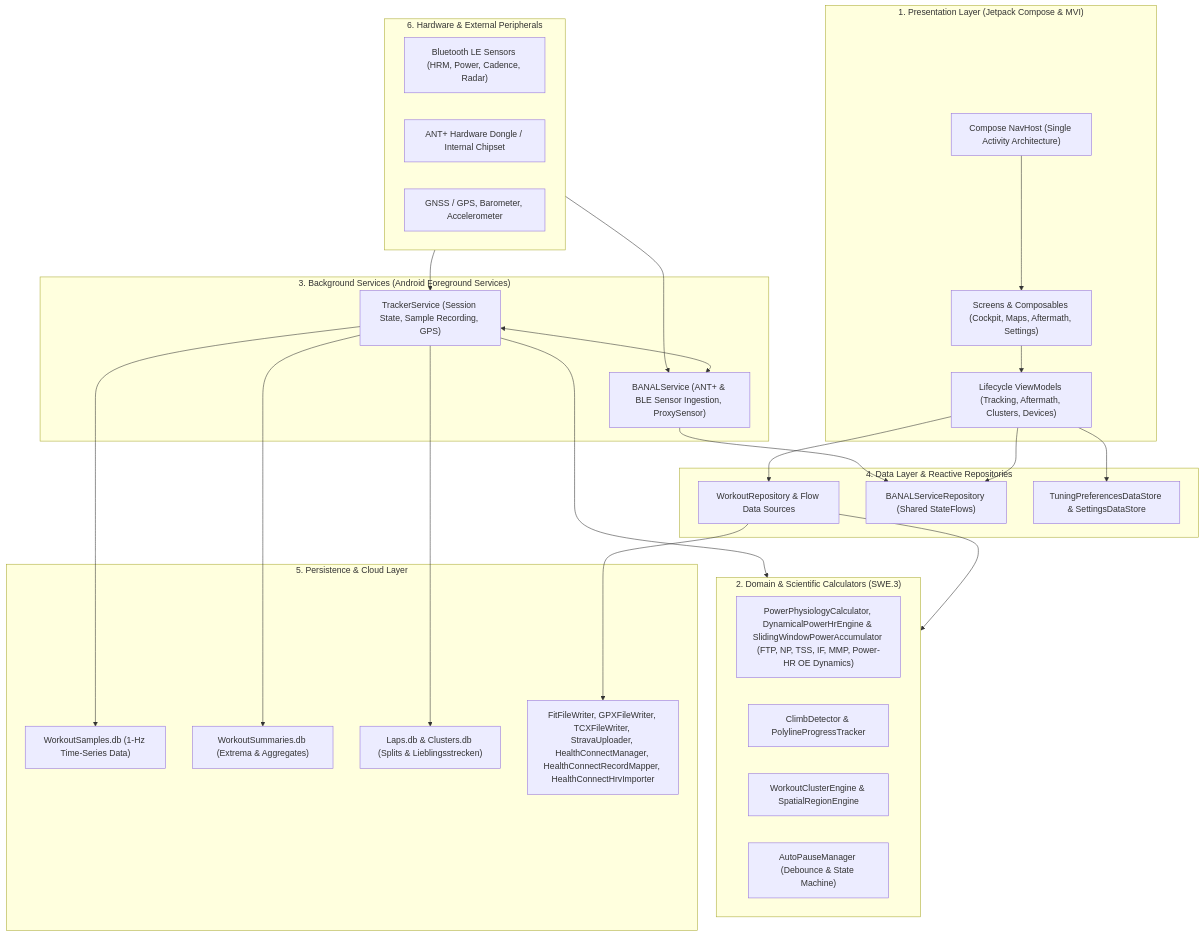
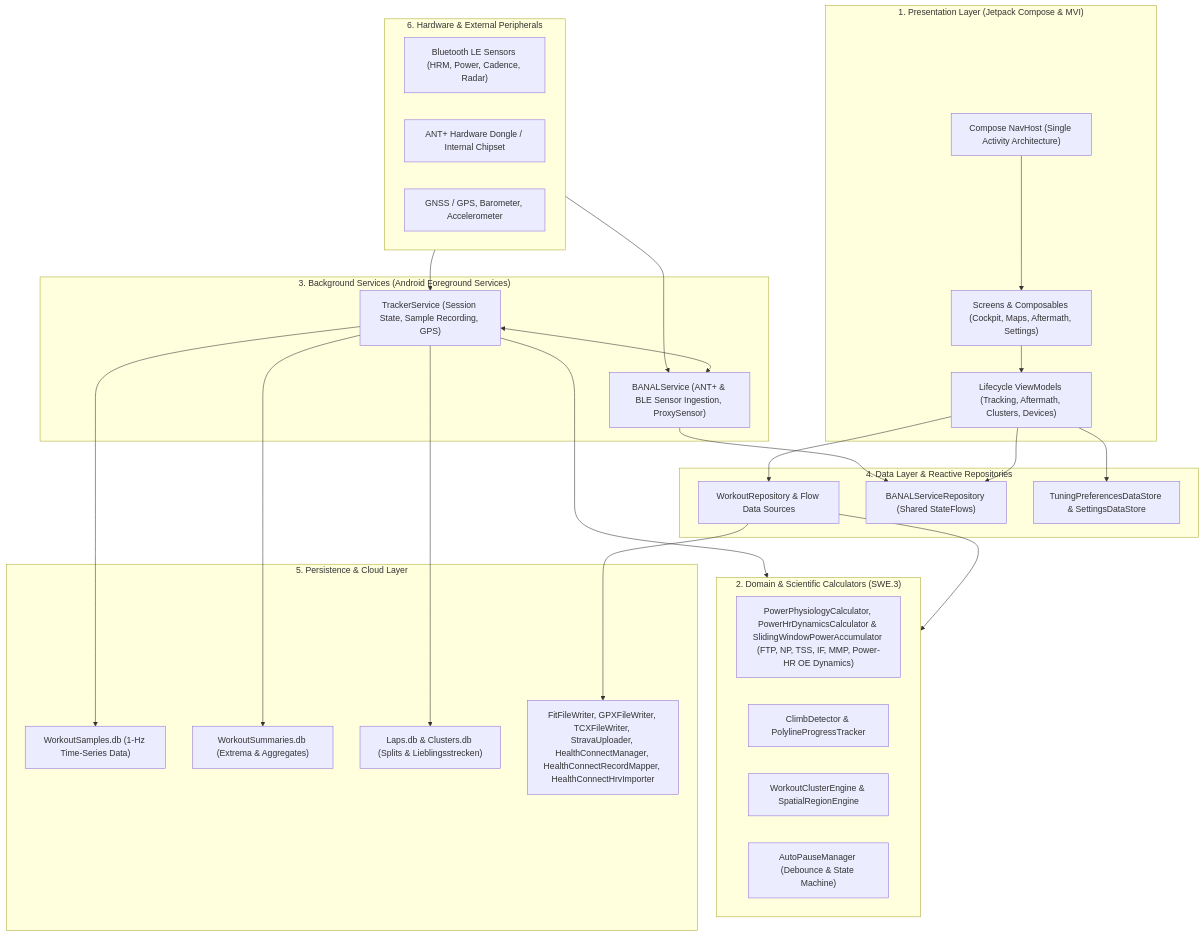
The first of 5 diagrams in docs/architecture.md (rainerblind/aTrainingTracker), drawn with Mermaid before and after one commit. The commit also changed other lines of this file and 186 other files, not shown here.

````diff
--- a/docs/architecture.md
+++ b/docs/architecture.md
@@ -16,59 +16,59 @@
 ```mermaid
 graph TD
     subgraph UI_Layer["1. Presentation Layer (Jetpack Compose & MVI)"]
         NavHost["Compose NavHost (Single Activity Architecture)"]
         Screens["Screens & Composables (Cockpit, Maps, Aftermath, Settings)"]
         ViewModels["Lifecycle ViewModels (Tracking, Aftermath, Clusters, Devices)"]
     end
 
     subgraph Domain_Layer["2. Domain & Scientific Calculators (SWE.3)"]
-        Physiology["PowerPhysiologyCalculator, DynamicalPowerHrEngine & SlidingWindowPowerAccumulator (FTP, NP, TSS, IF, MMP, Power-HR OE Dynamics)"]
+        Physiology["PowerPhysiologyCalculator, PowerHrDynamicsCalculator & SlidingWindowPowerAccumulator (FTP, NP, TSS, IF, MMP, Power-HR OE Dynamics)"]
         Climbs["ClimbDetector & PolylineProgressTracker"]
         Clusters["WorkoutClusterEngine & SpatialRegionEngine"]
         AutoPause["AutoPauseManager (Debounce & State Machine)"]
     end
 
     subgraph Service_Layer["3. Background Services (Android Foreground Services)"]
         TrackerService["TrackerService (Session State, Sample Recording, GPS)"]
         BANALService["BANALService (ANT+ & BLE Sensor Ingestion, ProxySensor)"]
     end
 
     subgraph Data_Layer["4. Data Layer & Reactive Repositories"]
         WorkoutRepo["WorkoutRepository & Flow Data Sources"]
         BANALRepo["BANALServiceRepository (Shared StateFlows)"]
         SettingsRepo["TuningPreferencesDataStore & SettingsDataStore"]
     end
 
     subgraph Persistence_Layer["5. Persistence & Cloud Layer"]
         SamplesDB["WorkoutSamples.db (1-Hz Time-Series Data)"]
         SummariesDB["WorkoutSummaries.db (Extrema & Aggregates)"]
         LapsDB["Laps.db & Clusters.db (Splits & Lieblingsstrecken)"]
         Exporters["FitFileWriter, GPXFileWriter, TCXFileWriter, StravaUploader, HealthConnectManager, HealthConnectRecordMapper, HealthConnectHrvImporter"]
     end
 
     subgraph Hardware_Layer["6. Hardware & External Peripherals"]
         BLE["Bluetooth LE Sensors (HRM, Power, Cadence, Radar)"]
         ANT["ANT+ Hardware Dongle / Internal Chipset"]
         Sensors["GNSS / GPS, Barometer, Accelerometer"]
     end
 
     NavHost --> Screens
     Screens --> ViewModels
     ViewModels --> WorkoutRepo
     ViewModels --> BANALRepo
     ViewModels --> SettingsRepo
 
     WorkoutRepo --> Domain_Layer
     TrackerService --> Domain_Layer
     TrackerService --> SamplesDB
     TrackerService --> SummariesDB
     TrackerService --> LapsDB
 
     BANALService --> BANALRepo
     TrackerService <--> BANALService
 
     Hardware_Layer --> BANALService
     Hardware_Layer --> TrackerService
 
     WorkoutRepo --> Exporters
 ```
````
